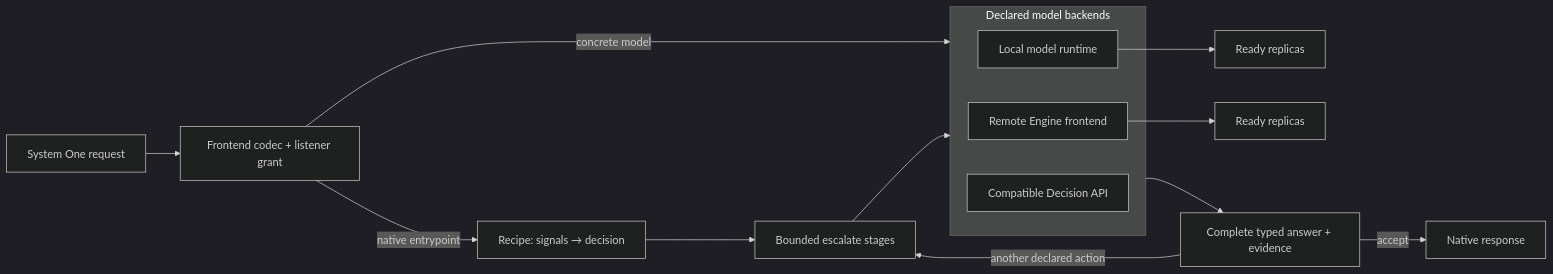
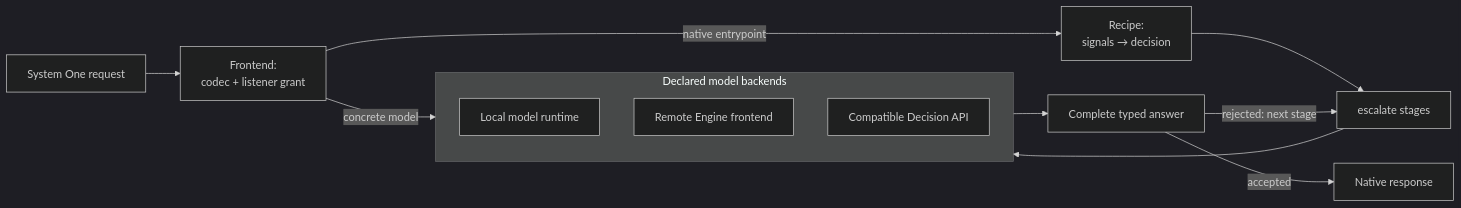
One commit to vllm-project/semantic-router changed the diagram in website/docs/overview/component-architecture.md. Above: the diagram before and after it, drawn with Mermaid (dark theme). The commit also changed other lines of this file and 11 other files, not shown here.

````diff
--- a/website/docs/overview/component-architecture.md
+++ b/website/docs/overview/component-architecture.md
@@ -129,18 +173,16 @@
 ```mermaid
 flowchart LR
-    Request["System One request"] --> Frontend["Frontend codec + listener grant"]
+    Request["System One request"] --> Frontend["Frontend:<br/>codec + listener grant"]
     Frontend -->|"concrete model"| Backends
-    Frontend -->|"native entrypoint"| Recipe["Recipe: signals → decision"]
-    Recipe --> Algorithm["Bounded escalate stages"]
+    Frontend -->|"native entrypoint"| Recipe["Recipe:<br/>signals → decision"]
+    Recipe --> Algorithm["escalate stages"]
     Algorithm --> Backends
     subgraph Backends["Declared model backends"]
         Local["Local model runtime"]
         Engine["Remote Engine frontend"]
         External["Compatible Decision API"]
     end
-    Local --> Replicas["Ready replicas"]
-    Engine --> RemoteReplicas["Ready replicas"]
-    Backends --> Evidence["Complete typed answer + evidence"]
-    Evidence -->|"another declared action"| Algorithm
-    Evidence -->|"accept"| Result["Native response"]
+    Backends --> Evidence["Complete typed answer"]
+    Evidence -->|"rejected: next stage"| Algorithm
+    Evidence -->|"accepted"| Result["Native response"]
 ```
````
